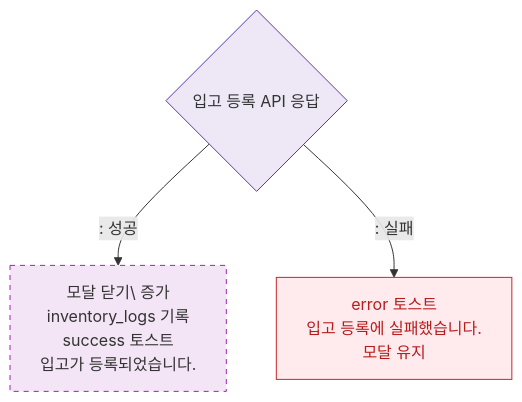
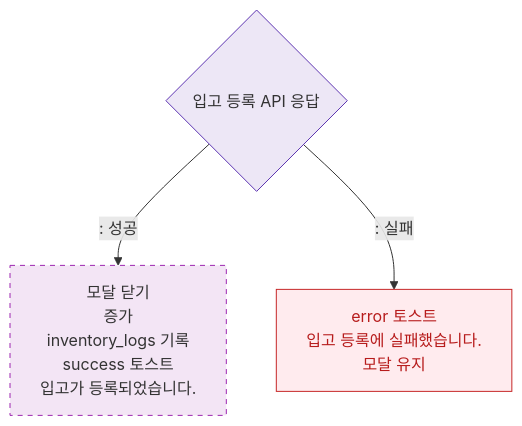
The diagram in docs/admin/다이어그램/D05_상품관리/DLG/DLG-P012_입고등록/M3_결과분기.md (dev-spogym/admin-pando), drawn with Mermaid before and after one commit. The commit also changed 369 other files, not shown here.

````diff
--- a/docs/admin/다이어그램/D05_상품관리/DLG/DLG-P012_입고등록/M3_결과분기.md
+++ b/docs/admin/다이어그램/D05_상품관리/DLG/DLG-P012_입고등록/M3_결과분기.md
@@ -14,12 +14,12 @@
 ```mermaid
 flowchart TD
-    InboundAPI{입고 등록 API 응답} -->|": 성공"|SuccessResult[모달 닫기\ 증가\ninventory_logs 기록\nsuccess 토스트\n입고가 등록되었습니다.]
+    InboundAPI{입고 등록 API 응답} -->|": 성공"|SuccessResult[모달 닫기<br/> 증가\ninventory_logs 기록\nsuccess 토스트\n입고가 등록되었습니다.]
     InboundAPI -->|": 실패"|ErrResult[error 토스트\n입고 등록에 실패했습니다.\n모달 유지]
 
     classDef newFeature fill:#F3E5F5,stroke:#9C27B0,stroke-dasharray:5 5
     classDef error fill:#FFEBEE,stroke:#C62828,color:#B71C1C
     classDef system fill:#EDE7F6,stroke:#5E35B2
     class SuccessResult newFeature
     class ErrResult error
     class InboundAPI system
 ```
````
